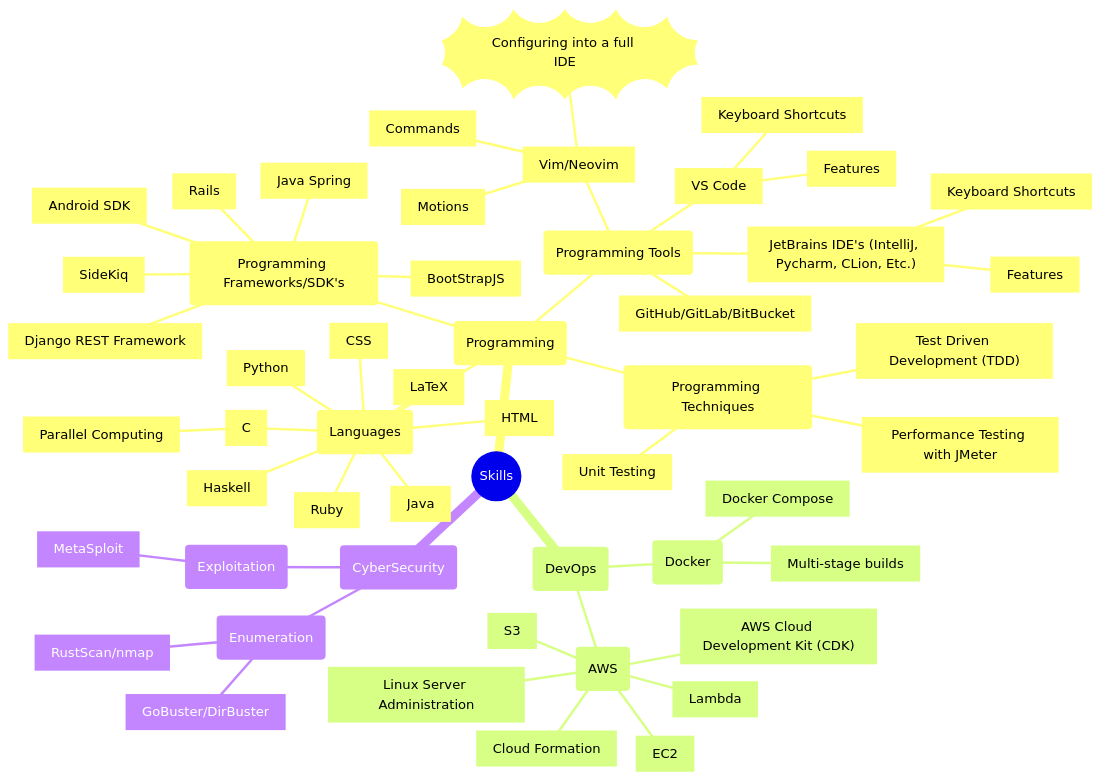
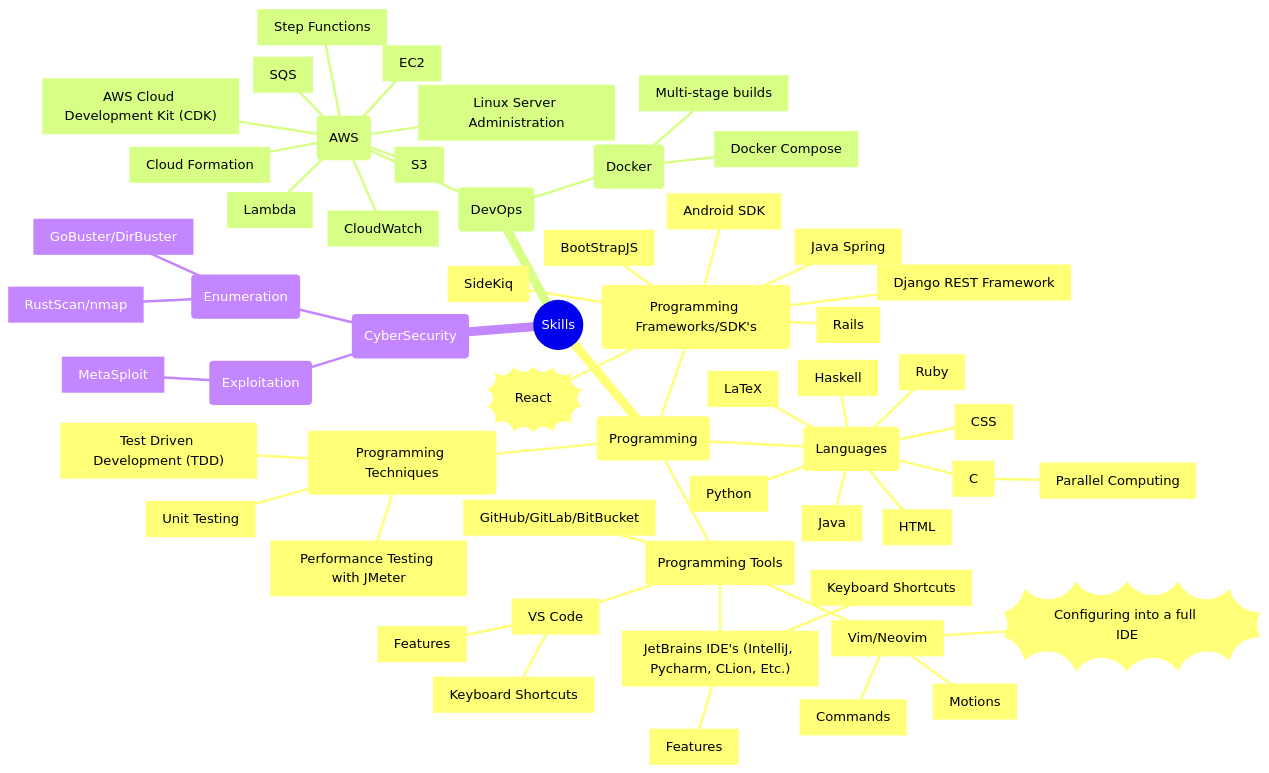
The second of 2 diagrams in README.md (Russell-Waterhouse/skill-tree), drawn with Mermaid before and after one commit.

Commit message:
Update Skill Tree

````diff
--- a/README.md
+++ b/README.md
@@ -21,57 +21,61 @@
 ```mermaid
 mindmap
     root((Skills))
         (Programming)
             (Languages)
                 [Java]
                 [C]
                     [Parallel Computing]
                 [Python]
                 [Ruby]
                 [Haskell]
                 [HTML]
                 [CSS]
                 [LaTeX]
             (Programming Frameworks/SDK's)
                 [Android SDK]
                 [Rails]
                 [SideKiq]
                 [Django REST Framework]
                 [Java Spring]
                 [BootStrapJS]
+                ))React((
             (Programming Tools)
                 [Vim/Neovim]
                     [Motions]
                     [Commands]
                     ))Configuring into a full IDE((
                 [VS Code]
                     [Features]
                     [Keyboard Shortcuts]
                 ["JetBrains IDE's (IntelliJ, Pycharm, CLion, Etc.)"]
                     [Features]
                     [Keyboard Shortcuts]
                 ["GitHub/GitLab/BitBucket"]
             (Programming Techniques)
                 ["Test Driven Development (TDD)"]
                 [Performance Testing with JMeter]
                 ["Unit Testing"]
         (DevOps)
             (Docker)
                 [Multi-stage builds]
                 [Docker Compose]
             (AWS)
                 ["AWS Cloud Development Kit (CDK)"]
                 [S3]
+                [Step Functions]
                 [Lambda]
                 [Cloud Formation]
+                [SQS]
+                [CloudWatch]
                 [EC2]
                 [Linux Server Administration]
         (CyberSecurity)
             (Enumeration)
                 ["RustScan/nmap"]
                 ["GoBuster/DirBuster"]
             (Exploitation)
                 [MetaSploit]
 
 
 ```
````
